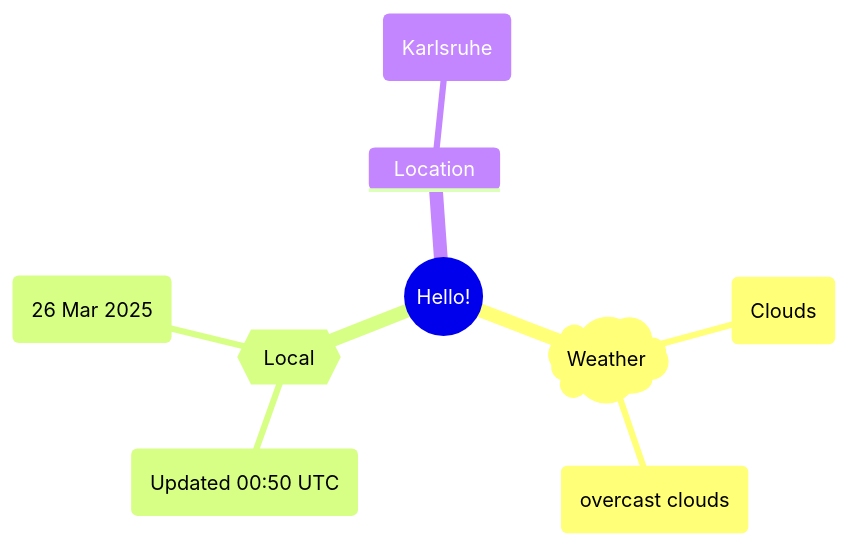
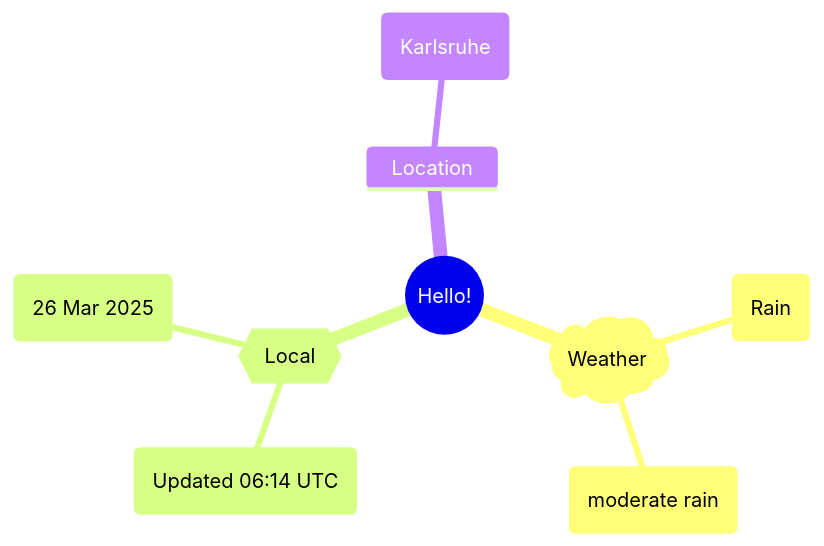
Before and after one commit to Xosrov/Xosrov: the first of 2 diagrams in README.md, drawn with Mermaid.

Commit message:
[bot] updated images

````diff
--- a/README.md
+++ b/README.md
@@ -3,12 +3,12 @@
 ```mermaid
 mindmap
   root((Hello!))
     )Weather(
-        (Clouds)
-        (overcast clouds)
+        (Rain)
+        (moderate rain)
     {{Local}}
-        (Updated 00:50 UTC)
+        (Updated 06:14 UTC)
         (26 Mar 2025)
     Location
         (Karlsruhe)
 ```
````
